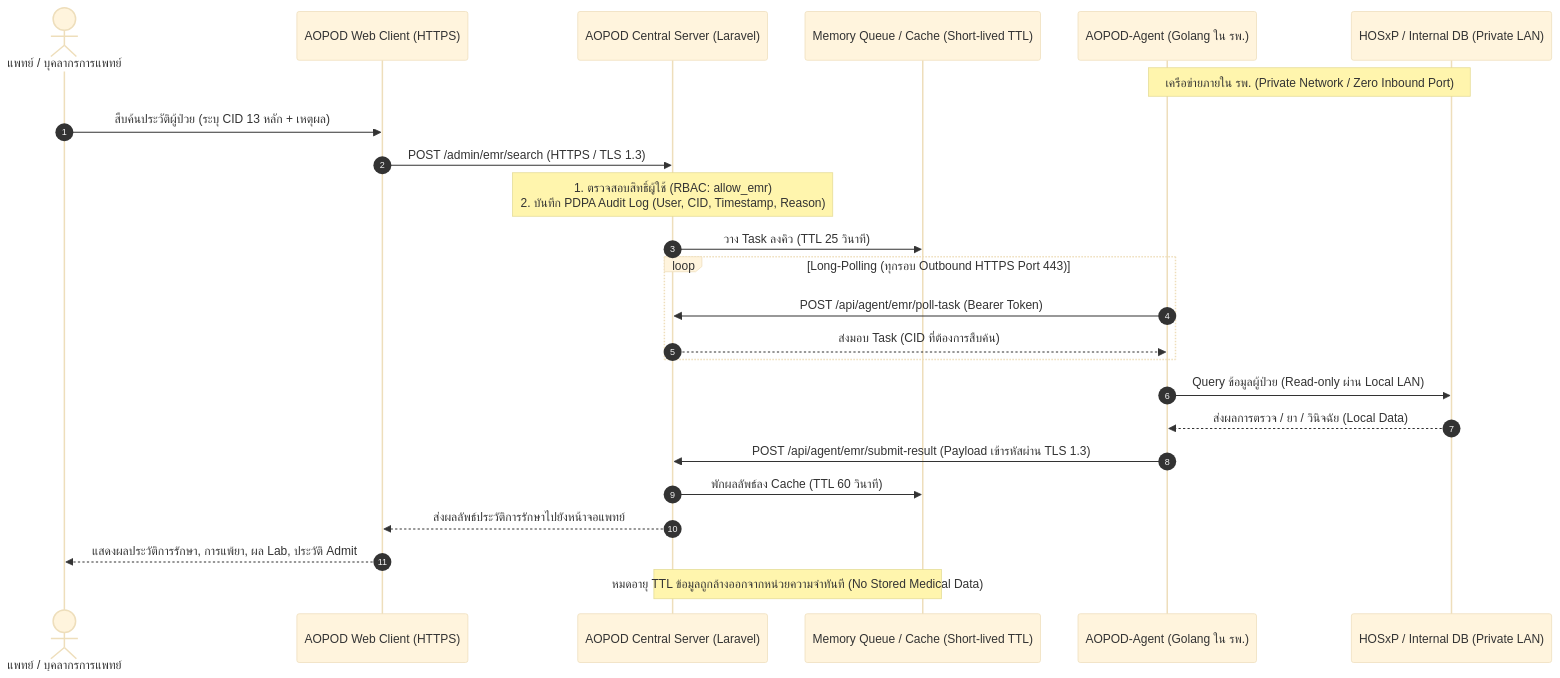
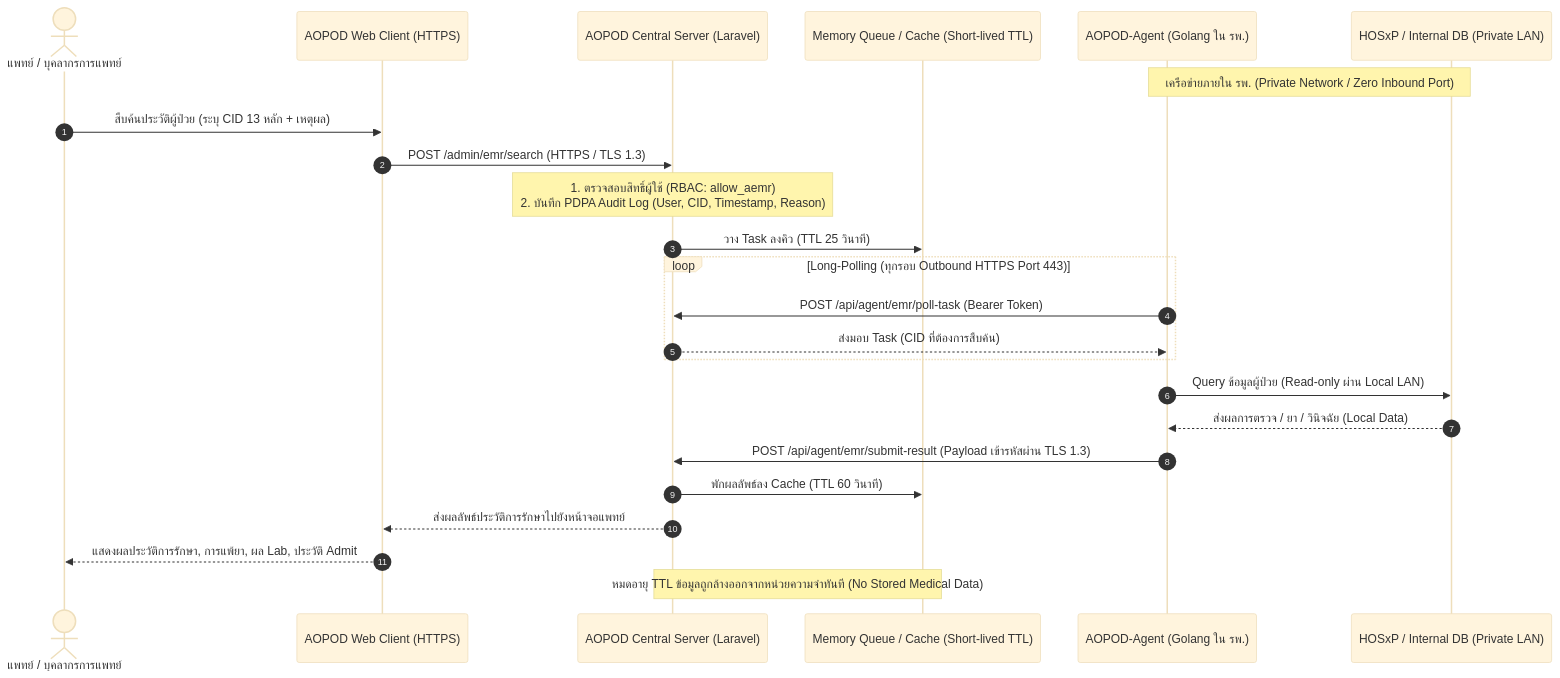
The second of 2 diagrams in docs/a_emr_cybersecurity_specification.md (xmodify/aopod), drawn with Mermaid (base theme) before and after one commit. The commit also changed other lines of this file and 37 other files, not shown here.

````diff
--- a/docs/a_emr_cybersecurity_specification.md
+++ b/docs/a_emr_cybersecurity_specification.md
@@ -48,33 +48,33 @@
 ```mermaid
 sequenceDiagram
     autonumber
     actor Doctor as แพทย์ / บุคลากรการแพทย์
     participant WebUI as AOPOD Web Client (HTTPS)
     participant Central as AOPOD Central Server (Laravel)
     participant Cache as Memory Queue / Cache (Short-lived TTL)
     participant Agent as AOPOD-Agent (Golang ใน รพ.)
     participant DB as HOSxP / Internal DB (Private LAN)
 
     Note over Agent,DB: เครือข่ายภายใน รพ. (Private Network / Zero Inbound Port)
     
     Doctor->>WebUI: สืบค้นประวัติผู้ป่วย (ระบุ CID 13 หลัก + เหตุผล)
     WebUI->>Central: POST /admin/emr/search (HTTPS / TLS 1.3)
-    Note over Central: 1. ตรวจสอบสิทธิ์ผู้ใช้ (RBAC: allow_emr)<br/>2. บันทึก PDPA Audit Log (User, CID, Timestamp, Reason)
+    Note over Central: 1. ตรวจสอบสิทธิ์ผู้ใช้ (RBAC: allow_aemr)<br/>2. บันทึก PDPA Audit Log (User, CID, Timestamp, Reason)
     
     Central->>Cache: วาง Task ลงคิว (TTL 25 วินาที)
     
     loop Long-Polling (ทุกรอบ Outbound HTTPS Port 443)
         Agent->>Central: POST /api/agent/emr/poll-task (Bearer Token)
         Central-->>Agent: ส่งมอบ Task (CID ที่ต้องการสืบค้น)
     end
 
     Agent->>DB: Query ข้อมูลผู้ป่วย (Read-only ผ่าน Local LAN)
     DB-->>Agent: ส่งผลการตรวจ / ยา / วินิจฉัย (Local Data)
     
     Agent->>Central: POST /api/agent/emr/submit-result (Payload เข้ารหัสผ่าน TLS 1.3)
     Central->>Cache: พักผลลัพธ์ลง Cache (TTL 60 วินาที)
     
     Central-->>WebUI: ส่งผลลัพธ์ประวัติการรักษาไปยังหน้าจอแพทย์
     WebUI-->>Doctor: แสดงผลประวัติการรักษา, การแพ้ยา, ผล Lab, ประวัติ Admit
     Note over Central,Cache: หมดอายุ TTL ข้อมูลถูกล้างออกจากหน่วยความจำทันที (No Stored Medical Data)
 ```
````
